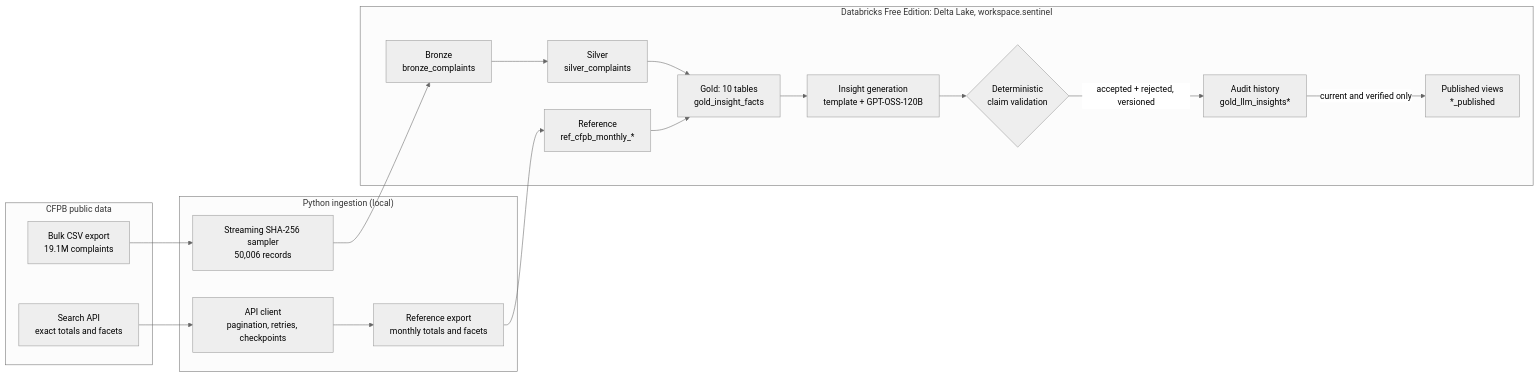
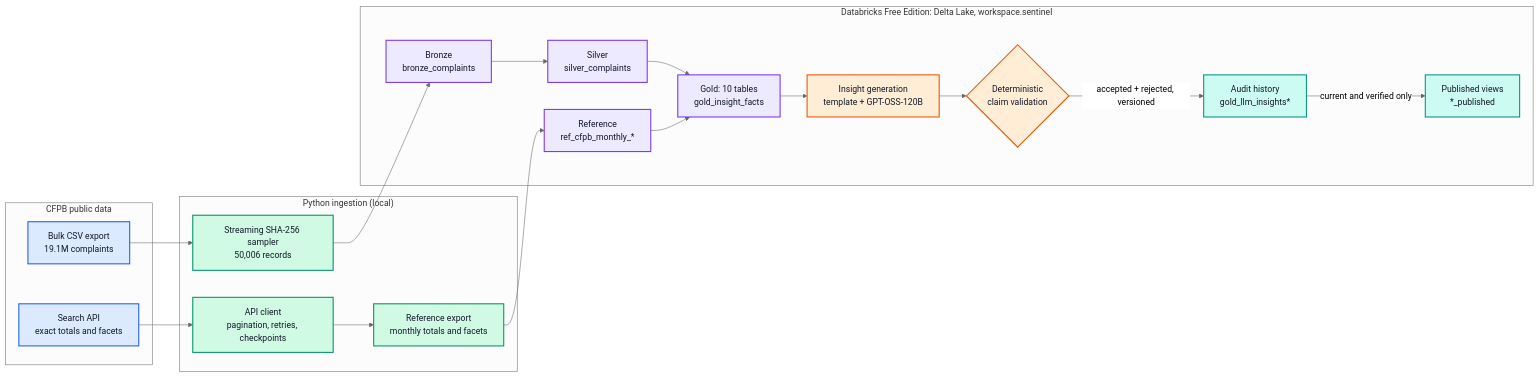
The diagram in README.md (ManitJ/sentinel-ai), drawn with Mermaid (neutral theme) before and after one commit.

Commit message:
Enhance architecture diagram with color-coded components

````diff
--- a/README.md
+++ b/README.md
@@ -45,31 +45,43 @@
 ```mermaid
 flowchart LR
     subgraph Sources["CFPB public data"]
         API["Search API<br/>exact totals and facets"]
         BULK["Bulk CSV export<br/>19.1M complaints"]
     end
 
     subgraph Local["Python ingestion (local)"]
         ING["API client<br/>pagination, retries, checkpoints"]
         SAMP["Streaming SHA-256 sampler<br/>50,006 records"]
         REF["Reference export<br/>monthly totals and facets"]
     end
 
     subgraph DBX["Databricks Free Edition: Delta Lake, workspace.sentinel"]
         BRONZE["Bronze<br/>bronze_complaints"]
         SILVER["Silver<br/>silver_complaints"]
         REFT["Reference<br/>ref_cfpb_monthly_*"]
         GOLD["Gold: 10 tables<br/>gold_insight_facts"]
         GEN["Insight generation<br/>template + GPT-OSS-120B"]
         VAL{"Deterministic<br/>claim validation"}
         HIST["Audit history<br/>gold_llm_insights*"]
         PUB["Published views<br/>*_published"]
     end
 
     API --> ING --> REF --> REFT
     BULK --> SAMP --> BRONZE --> SILVER --> GOLD
     REFT --> GOLD
     GOLD --> GEN --> VAL
     VAL -->|accepted + rejected, versioned| HIST
     HIST -->|current and verified only| PUB
+
+    classDef source fill:#DBEAFE,stroke:#2563EB,stroke-width:2px,color:#111827
+    classDef ingest fill:#D1FAE5,stroke:#059669,stroke-width:2px,color:#111827
+    classDef lakehouse fill:#EDE9FE,stroke:#7C3AED,stroke-width:2px,color:#111827
+    classDef ai fill:#FFEDD5,stroke:#EA580C,stroke-width:2px,color:#111827
+    classDef publish fill:#CCFBF1,stroke:#0D9488,stroke-width:2px,color:#111827
+
+    class API,BULK source
+    class ING,SAMP,REF ingest
+    class BRONZE,SILVER,REFT,GOLD lakehouse
+    class GEN,VAL ai
+    class HIST,PUB publish
 ```
````
